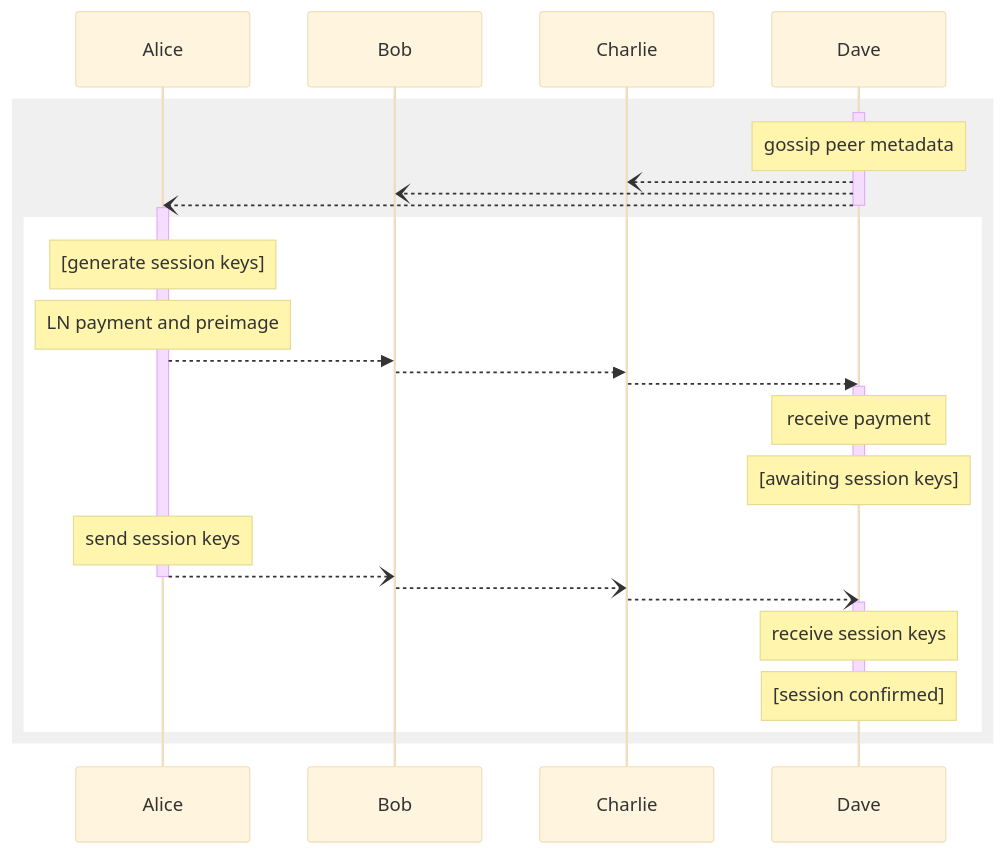
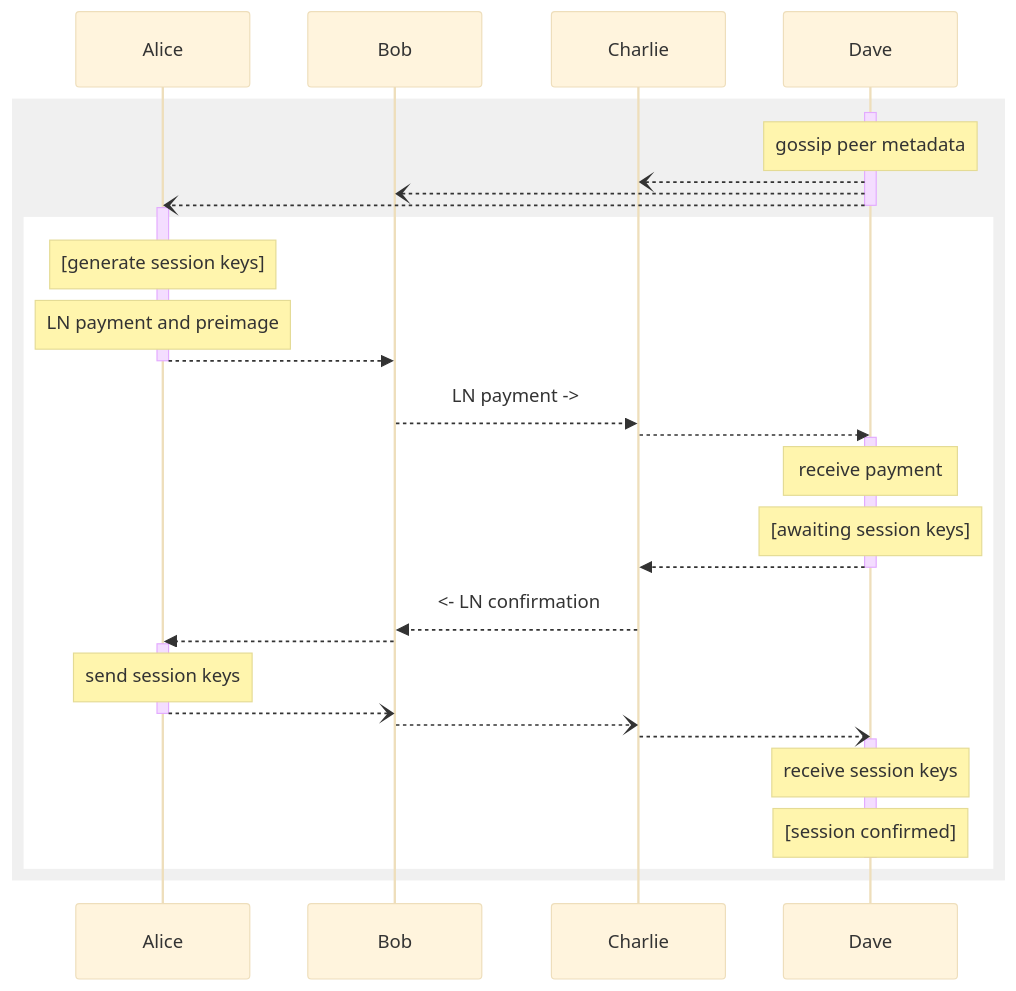
One commit to indra-labs/indra changed the first of 3 diagrams in docs/protocols.md. Above: the diagram before and after it, drawn with Mermaid (base theme).

Commit message:
fixing session purchase flow with LN confirmation

````diff
--- a/docs/protocols.md
+++ b/docs/protocols.md
@@ -74,36 +74,41 @@
 ```mermaid
 sequenceDiagram
 participant Alice
 participant Bob
 participant Charlie
 participant Dave
 rect rgb(240, 240, 240)
     activate Dave
     note over Dave: gossip peer metadata
     Dave--)Charlie: 
-    Dave--)Bob: 
+	Dave--)Bob: 
     Dave--)Alice: 
-    deactivate Dave
-    activate Alice
+	deactivate Dave
+	activate Alice
     rect rgb(255, 255, 255)
         note over Alice: [generate session keys]
         note over Alice: LN payment and preimage
-        Alice-->>Bob: 
-        Bob-->>Charlie: 
+		Alice-->>Bob: 
+        deactivate Alice
+        Bob-->>Charlie: LN payment ->
         Charlie-->>Dave: 
         activate Dave
         note over Dave: receive payment
         note over Dave: [awaiting session keys]
+        Dave-->>Charlie: 
         deactivate Dave
+        Charlie-->>Bob: <- LN confirmation
+        Bob-->>Alice: 
+	    activate Alice
         note over Alice: send session keys
         Alice--)Bob: 
         deactivate Alice
         Bob--)Charlie: 
         Charlie--)Dave: 
         activate Dave
         note over Dave: receive session keys
         note over Dave: [session confirmed]
         deactivate Dave
     end
 end
 ```
````
